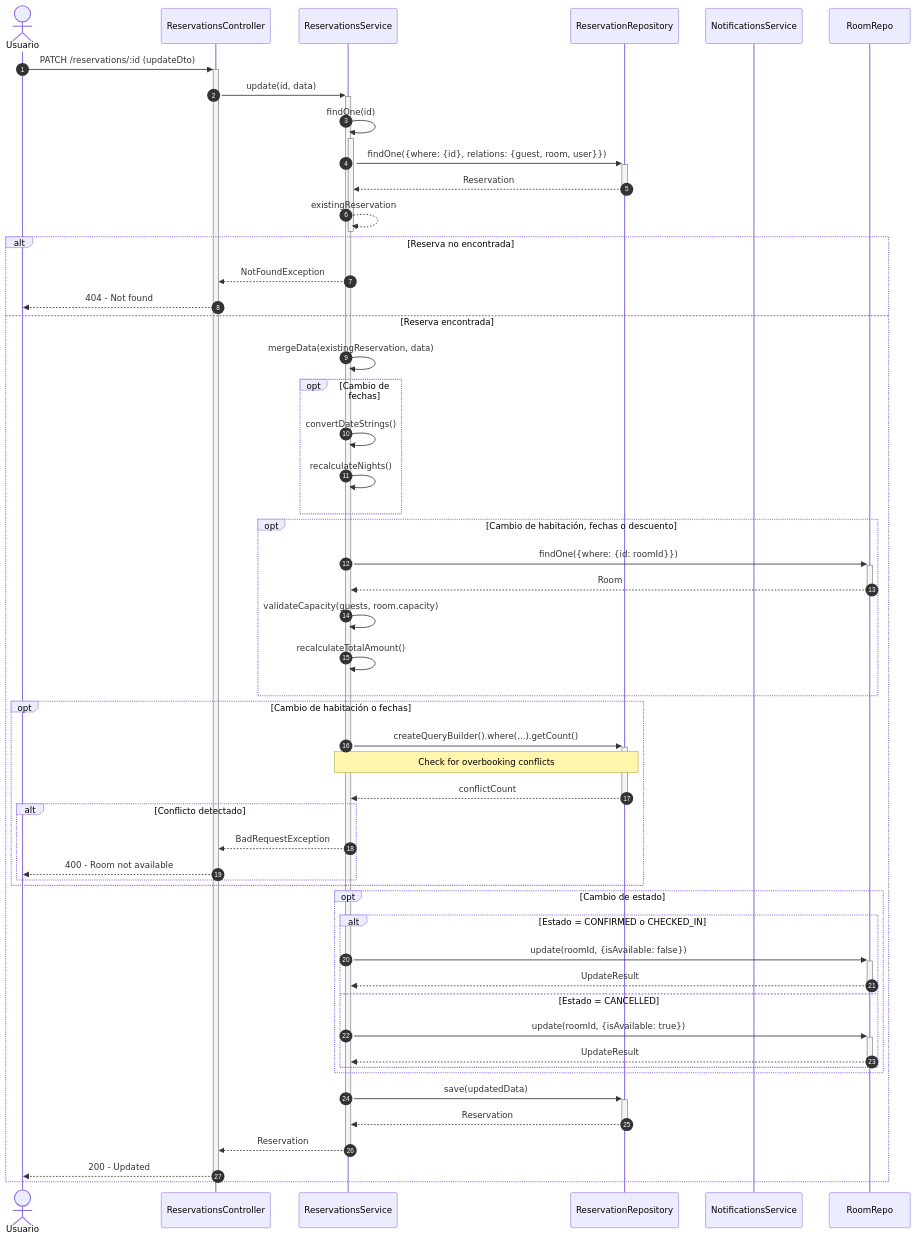
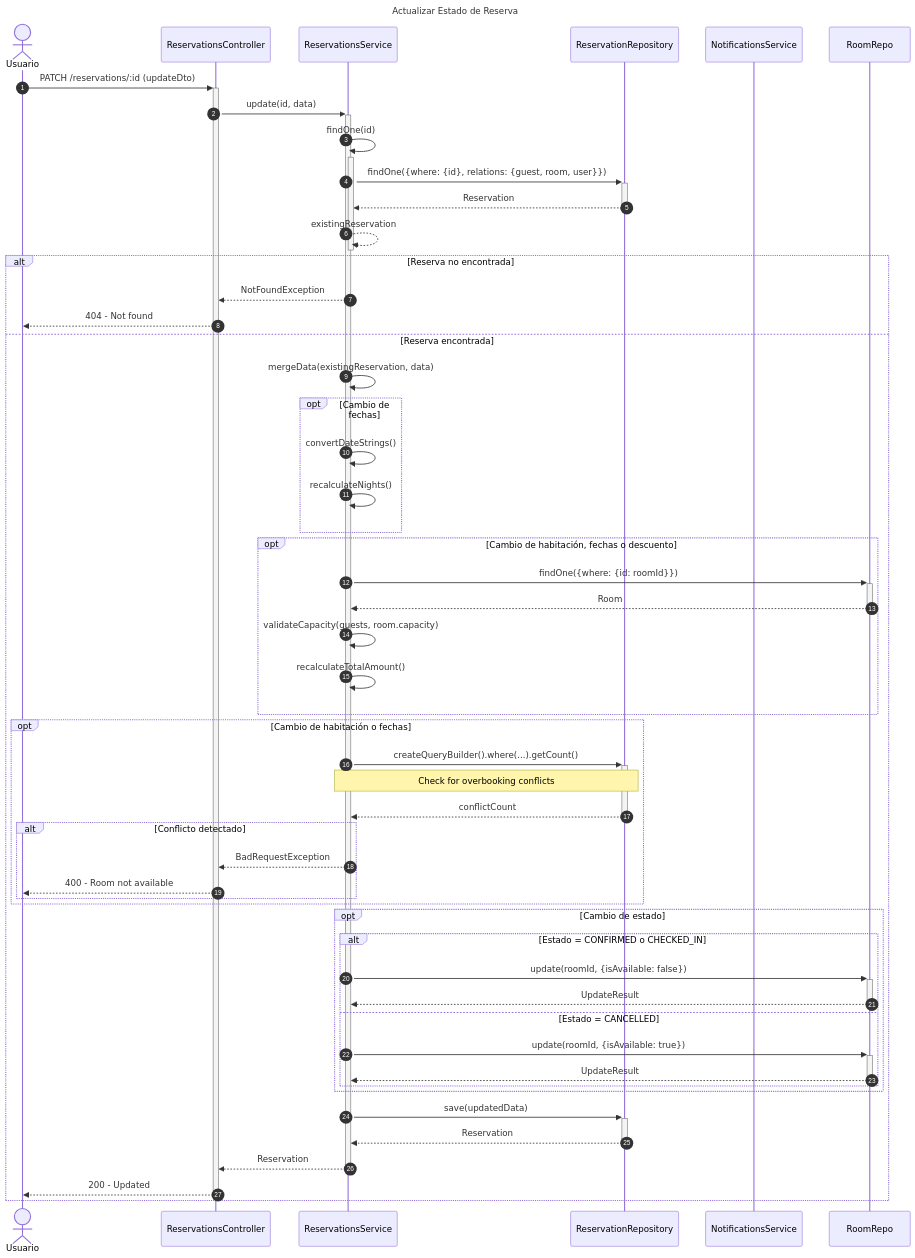
Before and after one commit to Nick220505/hotelier-backend: the fourth of 5 diagrams in diagrams/sequence/reservations-sequence-diagram.md, drawn with Mermaid. The commit also changed other lines of this file and 5 other files, not shown here.

Commit message:
Add titles to sequence diagrams for Billing, Employees, Inventory, Reservations, Restaurant, and Users modules

````diff
--- a/diagrams/sequence/reservations-sequence-diagram.md
+++ b/diagrams/sequence/reservations-sequence-diagram.md
@@ -154,63 +163,66 @@
 ```mermaid
+---
+title: Actualizar Estado de Reserva
+---
 sequenceDiagram
     autonumber
     actor Usuario
     participant Controller as ReservationsController
     participant Service as ReservationsService
     participant ReservationRepo as ReservationRepository
     participant Notifications as NotificationsService
 
     Usuario->>+Controller: PATCH /reservations/:id (updateDto)
     Controller->>+Service: update(id, data)
     
     Service->>+Service: findOne(id)
     Service->>+ReservationRepo: findOne({where: {id}, relations: {guest, room, user}})
     ReservationRepo-->>-Service: Reservation
     Service-->>-Service: existingReservation
     
     alt Reserva no encontrada
         Service-->>Controller: NotFoundException
         Controller-->>Usuario: 404 - Not found
     else Reserva encontrada
         Service->>Service: mergeData(existingReservation, data)
         
         opt Cambio de fechas
             Service->>Service: convertDateStrings()
             Service->>Service: recalculateNights()
         end
         
         opt Cambio de habitación, fechas o descuento
             Service->>+RoomRepo: findOne({where: {id: roomId}})
             RoomRepo-->>-Service: Room
             Service->>Service: validateCapacity(guests, room.capacity)
             Service->>Service: recalculateTotalAmount()
         end
         
         opt Cambio de habitación o fechas
             Service->>+ReservationRepo: createQueryBuilder().where(...).getCount()
             Note over Service,ReservationRepo: Check for overbooking conflicts
             ReservationRepo-->>-Service: conflictCount
             
             alt Conflicto detectado
                 Service-->>Controller: BadRequestException
                 Controller-->>Usuario: 400 - Room not available
             end
         end
         
         opt Cambio de estado
             alt Estado = CONFIRMED o CHECKED_IN
                 Service->>+RoomRepo: update(roomId, {isAvailable: false})
                 RoomRepo-->>-Service: UpdateResult
             else Estado = CANCELLED
                 Service->>+RoomRepo: update(roomId, {isAvailable: true})
                 RoomRepo-->>-Service: UpdateResult
             end
         end
         
         Service->>+ReservationRepo: save(updatedData)
         ReservationRepo-->>-Service: Reservation
         
         Service-->>-Controller: Reservation
         Controller-->>-Usuario: 200 - Updated
     end
 ```
````
